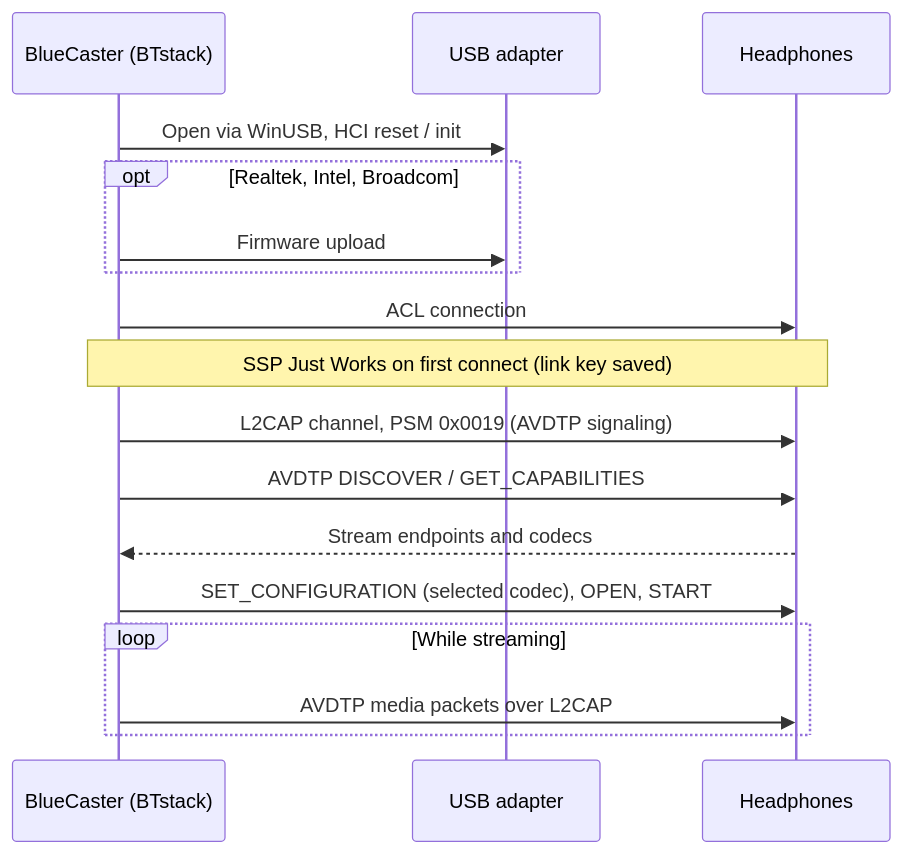
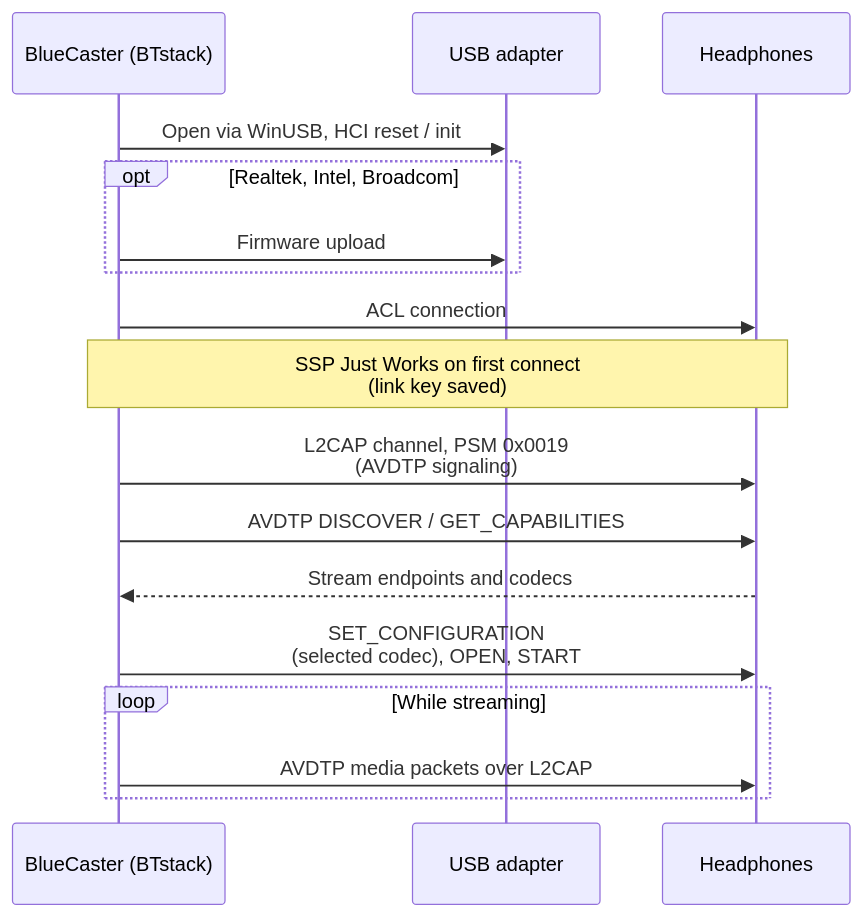
Before and after one commit to SeiyaFunaokaJP/BlueCaster: the second of 5 diagrams in docs/architecture.md, drawn with Mermaid. The commit also changed other lines of this file and 15 other files, not shown here.

First line of the commit message:
Docs: shorter lines in the sequence diagrams, encoder label on Home

````diff
--- a/docs/architecture.md
+++ b/docs/architecture.md
@@ -112,19 +112,19 @@
 ```mermaid
 sequenceDiagram
     participant App as BlueCaster (BTstack)
     participant Ad as USB adapter
     participant Sink as Headphones
     App->>Ad: Open via WinUSB, HCI reset / init
     opt Realtek, Intel, Broadcom
         App->>Ad: Firmware upload
     end
     App->>Sink: ACL connection
-    Note over App,Sink: SSP Just Works on first connect (link key saved)
-    App->>Sink: L2CAP channel, PSM 0x0019 (AVDTP signaling)
+    Note over App,Sink: SSP Just Works on first connect<br>(link key saved)
+    App->>Sink: L2CAP channel, PSM 0x0019<br>(AVDTP signaling)
     App->>Sink: AVDTP DISCOVER / GET_CAPABILITIES
     Sink-->>App: Stream endpoints and codecs
-    App->>Sink: SET_CONFIGURATION (selected codec), OPEN, START
+    App->>Sink: SET_CONFIGURATION<br>(selected codec), OPEN, START
     loop While streaming
         App->>Sink: AVDTP media packets over L2CAP
     end
 ```
````
